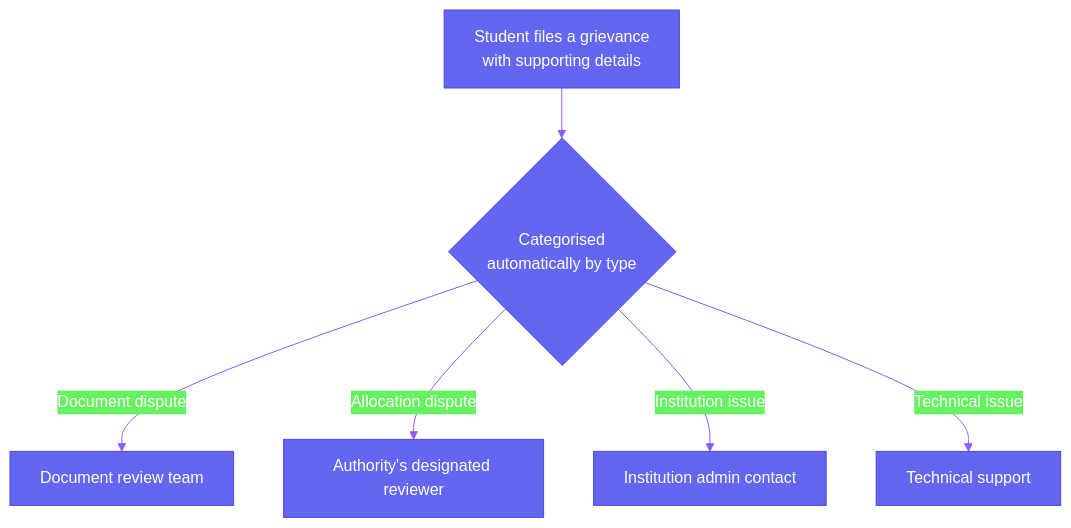
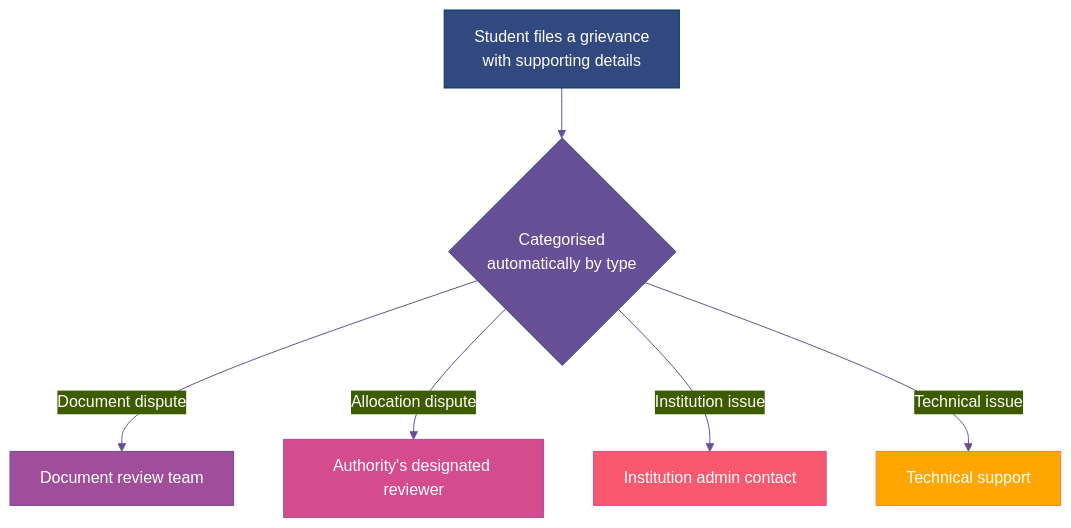
The diagram in operations/how-a-dispute-actually-gets-resolved.mdx (aashrutsharma/whitepaper), drawn with Mermaid before and after one commit. The commit also changed 13 other files, not shown here.

````diff
--- a/operations/how-a-dispute-actually-gets-resolved.mdx
+++ b/operations/how-a-dispute-actually-gets-resolved.mdx
@@ -30,19 +30,26 @@
 ```mermaid
 %%{init: {
   'theme': 'base',
   'themeVariables': {
-    'primaryColor': '#6366f1',
+    'primaryColor': '#003d5c',
     'primaryTextColor': '#ffffff',
-    'primaryBorderColor': '#4f46e5',
-    'lineColor': '#8b5cf6',
+    'primaryBorderColor': '#31497e',
+    'lineColor': '#674f95',
     'background': 'transparent',
     'fontFamily': 'Inter, sans-serif'
   }
 }}%%
 flowchart TD
     A[Student files a grievance\nwith supporting details] --> B{Categorised\nautomatically by type}
     B -->|Document dispute| C[Document review team]
     B -->|Allocation dispute| D[Authority's designated reviewer]
     B -->|Institution issue| E[Institution admin contact]
     B -->|Technical issue| F[Technical support]
+
+    style A fill:#31497e,stroke:#003d5c,color:#fff
+    style B fill:#674f95,stroke:#31497e,color:#fff
+    style C fill:#a14e9a,stroke:#674f95,color:#fff
+    style D fill:#d44c8d,stroke:#a14e9a,color:#fff
+    style E fill:#f9596f,stroke:#d44c8d,color:#fff
+    style F fill:#ffa600,stroke:#ff7a47,color:#fff
 ```
````
